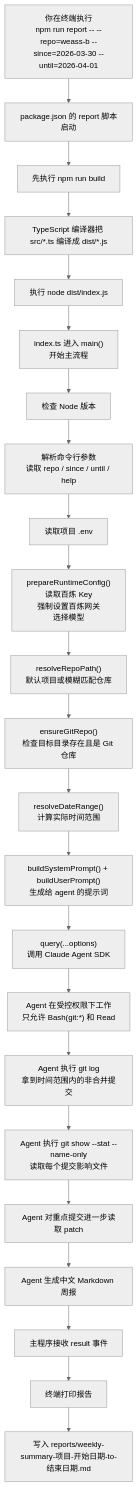
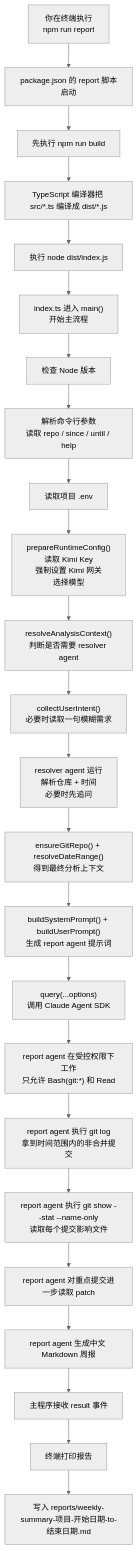
One commit to szn796/weekly-review-cc changed the diagram in PROJECT_WALKTHROUGH.md. Above: the diagram before and after it, drawn with Mermaid (neutral theme). The commit also changed other lines of this file and 6 other files, not shown here.

````diff
--- a/PROJECT_WALKTHROUGH.md
+++ b/PROJECT_WALKTHROUGH.md
@@ -197,25 +210,26 @@
 ```mermaid
 flowchart TD
-    A["你在终端执行<br/>npm run report -- --repo=weass-b --since=2026-03-30 --until=2026-04-01"] --> B["package.json 的 report 脚本启动"]
+    A["你在终端执行<br/>npm run report"] --> B["package.json 的 report 脚本启动"]
     B --> C["先执行 npm run build"]
     C --> D["TypeScript 编译器把 src/*.ts 编译成 dist/*.js"]
     D --> E["执行 node dist/index.js"]
     E --> F["index.ts 进入 main()<br/>开始主流程"]
     F --> G["检查 Node 版本"]
     G --> H["解析命令行参数<br/>读取 repo / since / until / help"]
     H --> I["读取项目 .env"]
-    I --> J["prepareRuntimeConfig()<br/>读取百炼 Key<br/>强制设置百炼网关<br/>选择模型"]
-    J --> K["resolveRepoPath()<br/>默认项目或模糊匹配仓库"]
-    K --> L["ensureGitRepo()<br/>检查目标目录存在且是 Git 仓库"]
-    L --> M["resolveDateRange()<br/>计算实际时间范围"]
-    M --> N["buildSystemPrompt() + buildUserPrompt()<br/>生成给 agent 的提示词"]
-    N --> O["query(...options)<br/>调用 Claude Agent SDK"]
-    O --> P["Agent 在受控权限下工作<br/>只允许 Bash(git:*) 和 Read"]
-    P --> Q["Agent 执行 git log<br/>拿到时间范围内的非合并提交"]
-    Q --> R["Agent 执行 git show --stat --name-only<br/>读取每个提交影响文件"]
-    R --> S["Agent 对重点提交进一步读取 patch"]
-    S --> T["Agent 生成中文 Markdown 周报"]
-    T --> U["主程序接收 result 事件"]
-    U --> V["终端打印报告"]
-    V --> W["写入 reports/weekly-summary-项目-开始日期-to-结束日期.md"]
+    I --> J["prepareRuntimeConfig()<br/>读取 Kimi Key<br/>强制设置 Kimi 网关<br/>选择模型"]
+    J --> K["resolveAnalysisContext()<br/>判断是否需要 resolver agent"]
+    K --> L["collectUserIntent()<br/>必要时读取一句模糊需求"]
+    L --> M["resolver agent 运行<br/>解析仓库 + 时间<br/>必要时先追问"]
+    M --> N["ensureGitRepo() + resolveDateRange()<br/>得到最终分析上下文"]
+    N --> O["buildSystemPrompt() + buildUserPrompt()<br/>生成 report agent 提示词"]
+    O --> P["query(...options)<br/>调用 Claude Agent SDK"]
+    P --> Q["report agent 在受控权限下工作<br/>只允许 Bash(git:*) 和 Read"]
+    Q --> R["report agent 执行 git log<br/>拿到时间范围内的非合并提交"]
+    R --> S["report agent 执行 git show --stat --name-only<br/>读取每个提交影响文件"]
+    S --> T["report agent 对重点提交进一步读取 patch"]
+    T --> U["report agent 生成中文 Markdown 周报"]
+    U --> V["主程序接收 result 事件"]
+    V --> W["终端打印报告"]
+    W --> X["写入 reports/weekly-summary-项目-开始日期-to-结束日期.md"]
 ```
````
